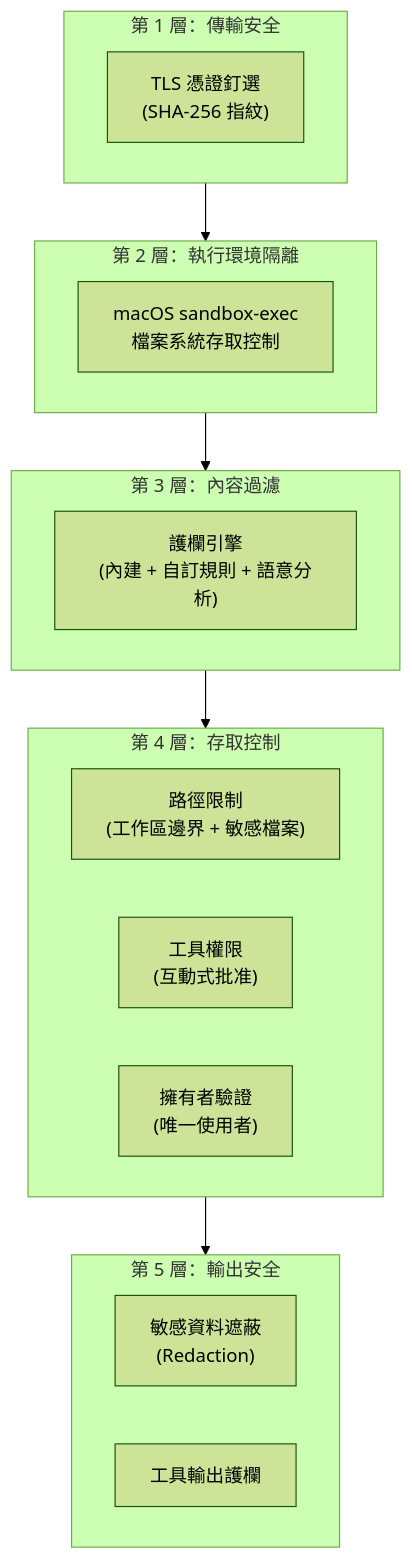
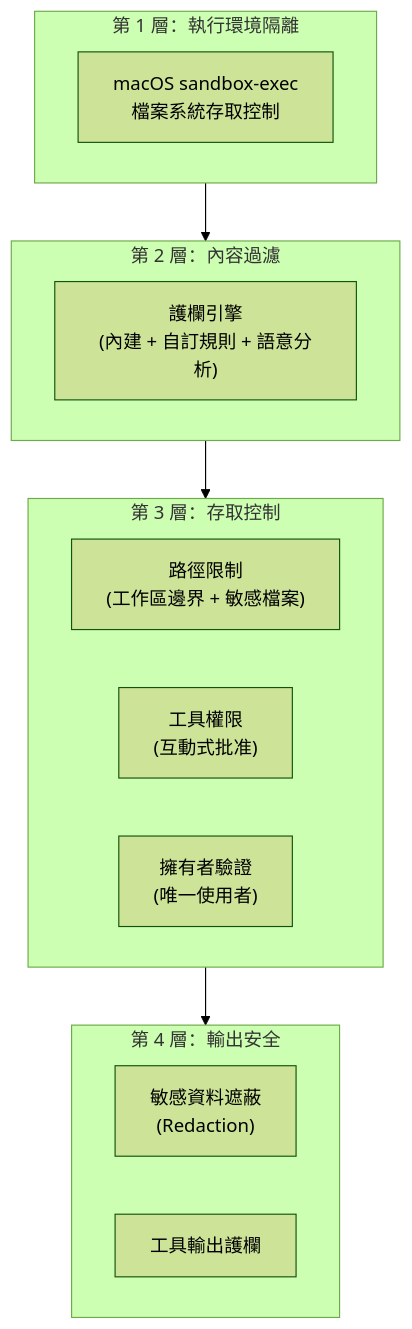
One commit to WeiTopaz/TeleTopaz changed diagram 12 of 17 in spec.md. Above: the diagram before and after it, drawn with Mermaid (forest theme). The commit also changed other lines of this file and 20 other files, not shown here.

````diff
--- a/spec.md
+++ b/spec.md
@@ -1411,27 +1409,23 @@
 ```mermaid
 graph TB
-    subgraph L1 ["第 1 層：傳輸安全"]
-        TLS["TLS 憑證釘選<br/>(SHA-256 指紋)"]
-    end
-
-    subgraph L2 ["第 2 層：執行環境隔離"]
+    subgraph L1 ["第 1 層：執行環境隔離"]
         SANDBOX["macOS sandbox-exec<br/>檔案系統存取控制"]
     end
 
-    subgraph L3 ["第 3 層：內容過濾"]
+    subgraph L2 ["第 2 層：內容過濾"]
         GUARD["護欄引擎<br/>(內建 + 自訂規則 + 語意分析)"]
     end
 
-    subgraph L4 ["第 4 層：存取控制"]
+    subgraph L3 ["第 3 層：存取控制"]
         PATH["路徑限制<br/>(工作區邊界 + 敏感檔案)"]
         TOOL["工具權限<br/>(互動式批准)"]
         OWNER["擁有者驗證<br/>(唯一使用者)"]
     end
 
-    subgraph L5 ["第 5 層：輸出安全"]
+    subgraph L4 ["第 4 層：輸出安全"]
         REDACT["敏感資料遮蔽<br/>(Redaction)"]
         GUARD_OUT["工具輸出護欄"]
     end
 
-    L1 --> L2 --> L3 --> L4 --> L5
+    L1 --> L2 --> L3 --> L4
 ```
````
